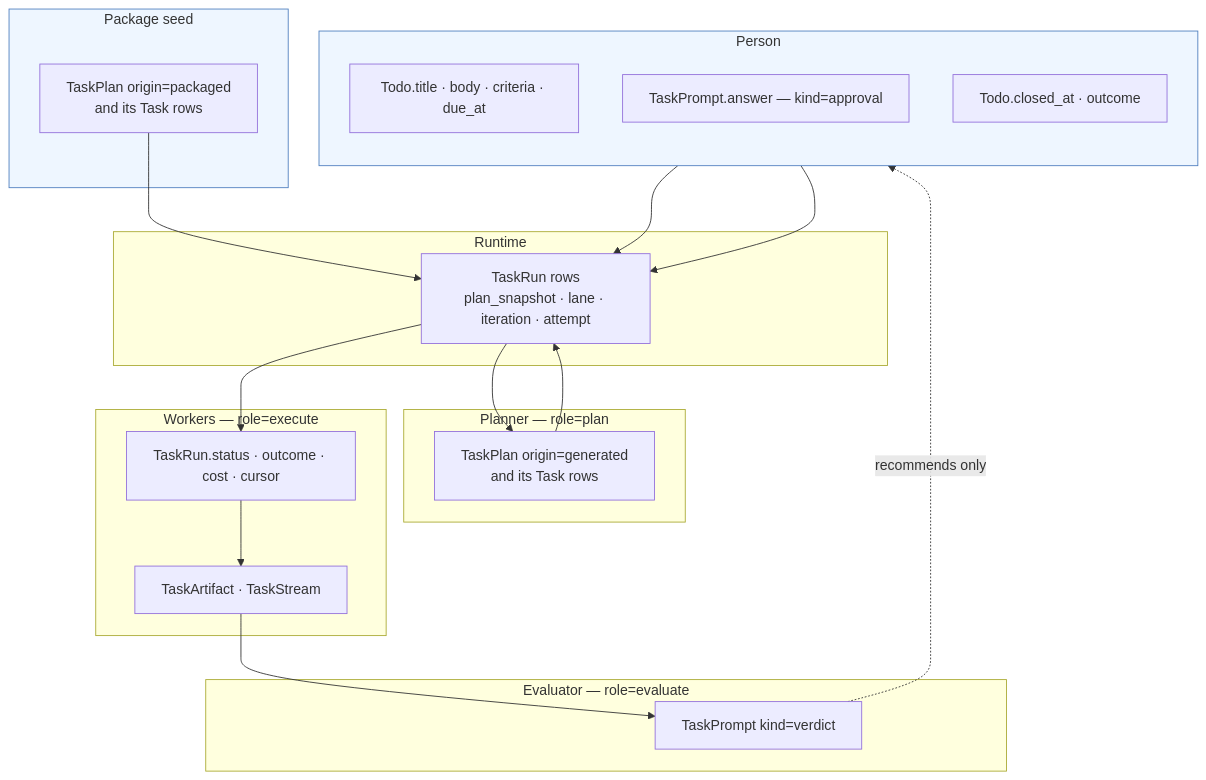
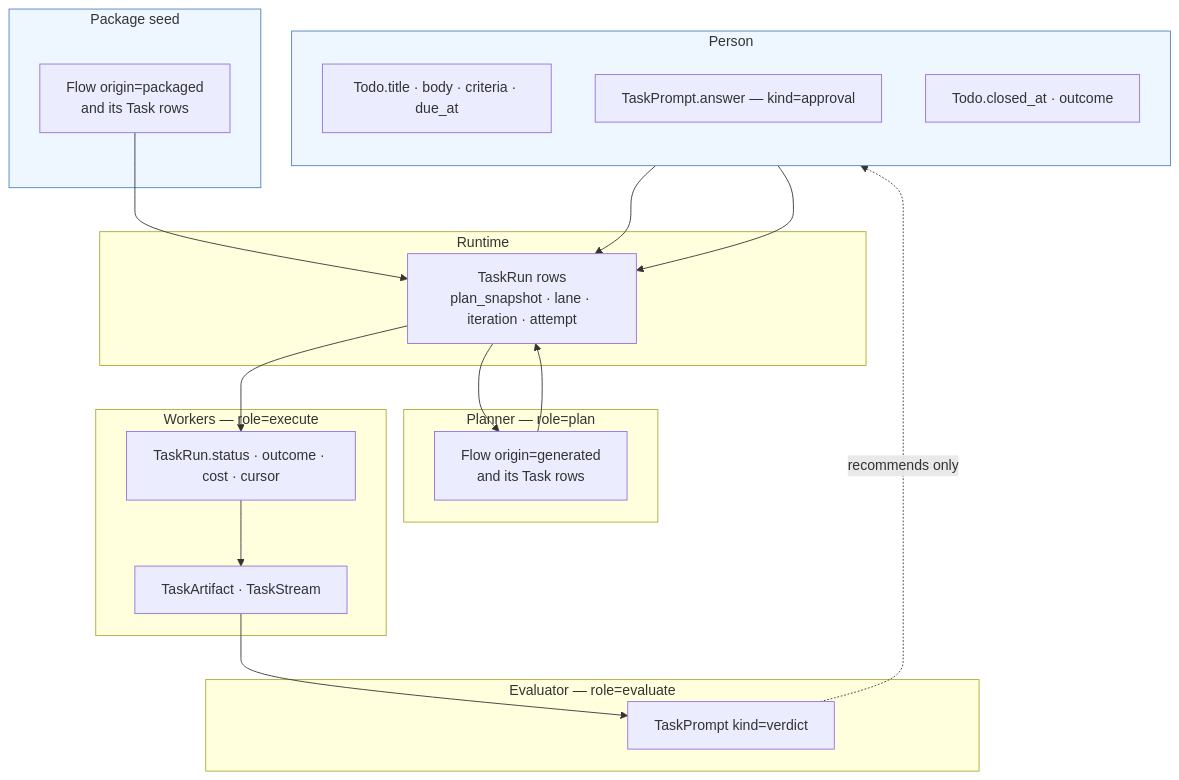
One commit to invana/invana changed the fifth of 7 diagrams in docs/for-developers/orchestration.md. Above: the diagram before and after it, drawn with Mermaid. The commit also changed other lines of this file and 568 other files, not shown here.

````diff
--- a/docs/for-developers/orchestration.md
+++ b/docs/for-developers/orchestration.md
@@ -445,43 +445,43 @@
 ```mermaid
 flowchart TB
     subgraph PERSON["Person"]
         direction TB
         A1["Todo.title · body · criteria · due_at"]
         A2["TaskPrompt.answer&nbsp;&mdash;&nbsp;kind=approval"]
         A3["Todo.closed_at · outcome"]
     end
 
     subgraph AUTHOR["Package seed"]
-        B1["TaskPlan origin=packaged<br/>and its Task rows"]
+        B1["Flow origin=packaged<br/>and its Task rows"]
     end
 
     subgraph PLANNER["Planner &mdash; role=plan"]
-        C1["TaskPlan origin=generated<br/>and its Task rows"]
+        C1["Flow origin=generated<br/>and its Task rows"]
     end
 
     subgraph RUNTIME["Runtime"]
         F1["TaskRun rows<br/>plan_snapshot · lane · iteration · attempt"]
     end
 
     subgraph WORKERS["Workers &mdash; role=execute"]
         D1["TaskRun.status · outcome · cost · cursor"]
         D2["TaskArtifact · TaskStream"]
     end
 
     subgraph EVAL["Evaluator &mdash; role=evaluate"]
         E1["TaskPrompt kind=verdict"]
     end
 
     A1 --> F1
     B1 --> F1
     F1 --> C1
     C1 --> F1
     A2 --> F1
     F1 --> D1
     D1 --> D2
     D2 --> E1
     E1 -.->|"recommends only"| A3
 
     style PERSON fill:#eef6ff,stroke:#4f7fbf
     style AUTHOR fill:#eef6ff,stroke:#4f7fbf
 ```
````
